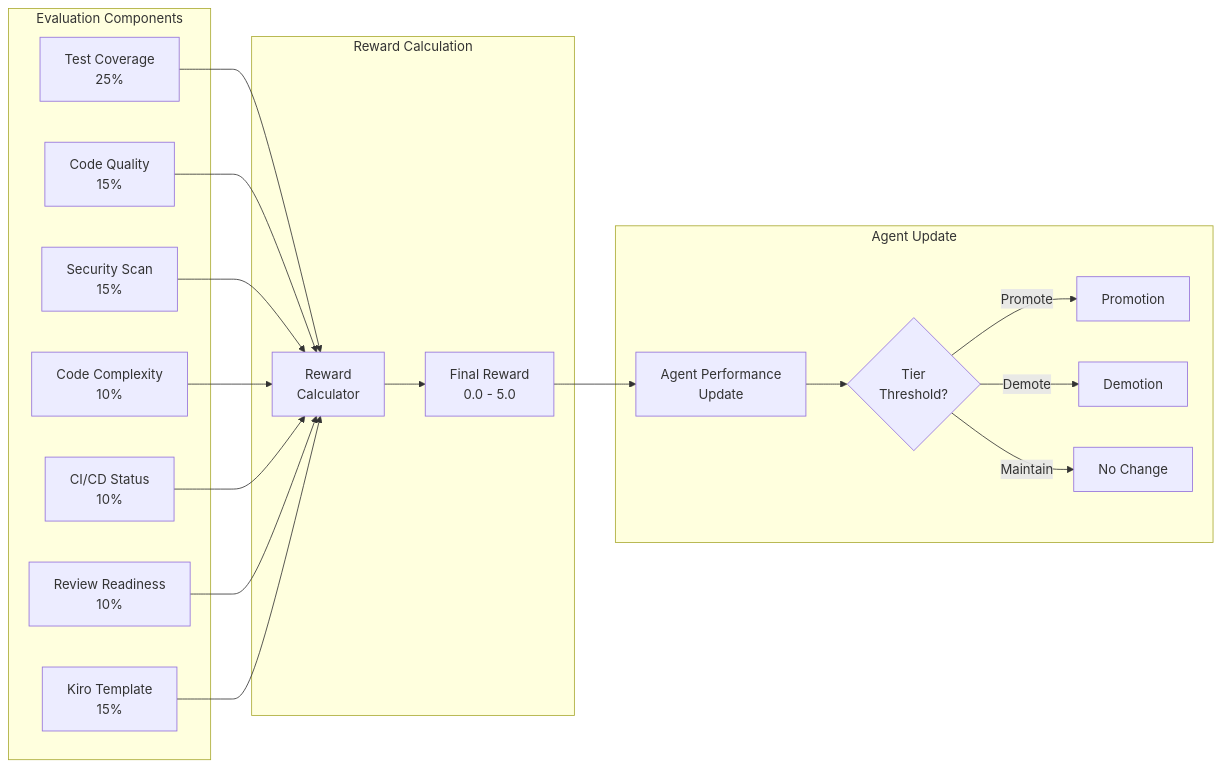
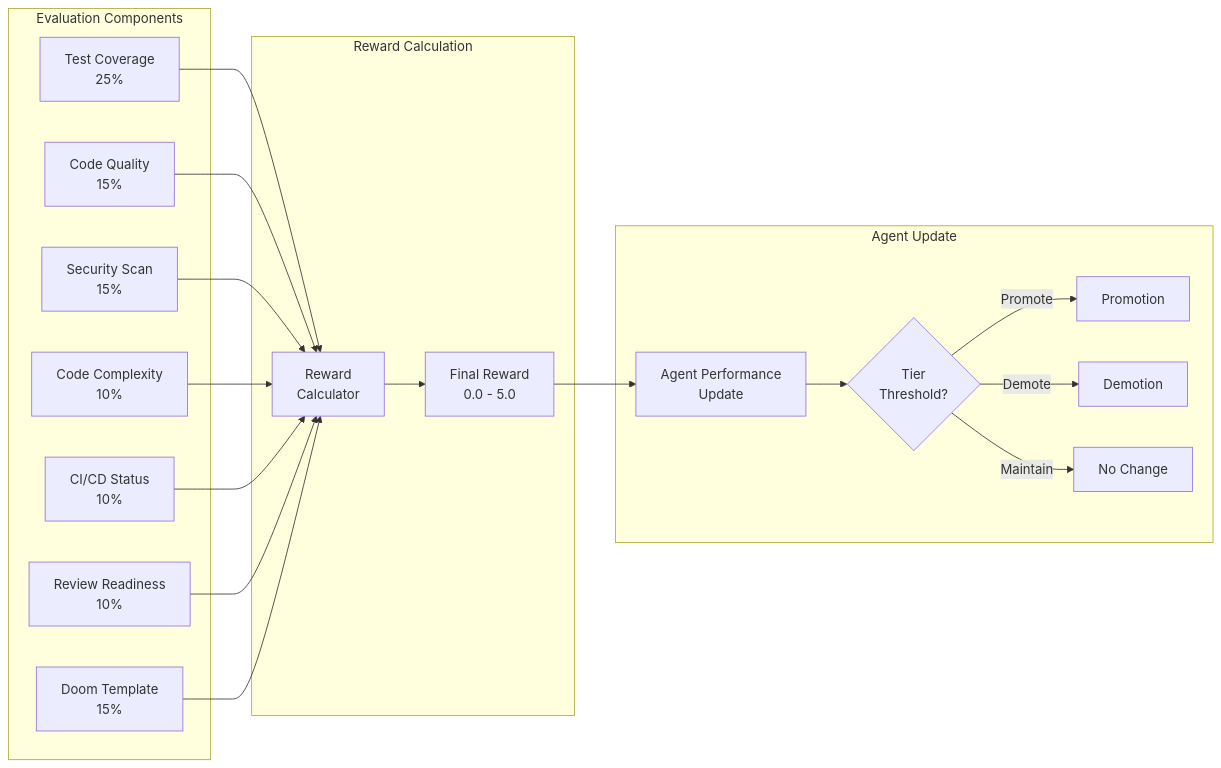
The fourth of 9 diagrams in ARCHITECTURE.md (asifnawaz/claude-code-rlvr-spec-system), drawn with Mermaid before and after one commit. The commit also changed other lines of this file and 29 other files, not shown here.

Commit message:
Rename Kiro-RLVR to Doom-RLVR across all documentation and code files, updating references, commands, and configurations accordingly to reflect the new system name and structure.

````diff
--- a/ARCHITECTURE.md
+++ b/ARCHITECTURE.md
@@ -173,31 +173,31 @@
 ```mermaid
 graph LR
     subgraph "Evaluation Components"
         TC[Test Coverage<br/>25%]
         CQ[Code Quality<br/>15%]
         SS[Security Scan<br/>15%]
         CC[Code Complexity<br/>10%]
         CI[CI/CD Status<br/>10%]
         RR[Review Readiness<br/>10%]
-        KT[Kiro Template<br/>15%]
+        KT[Doom Template<br/>15%]
     end
 
     subgraph "Reward Calculation"
         TC --> RC[Reward<br/>Calculator]
         CQ --> RC
         SS --> RC
         CC --> RC
         CI --> RC
         RR --> RC
         KT --> RC
         RC --> FR[Final Reward<br/>0.0 - 5.0]
     end
 
     subgraph "Agent Update"
         FR --> AP[Agent Performance<br/>Update]
         AP --> AT{Tier<br/>Threshold?}
         AT -->|Promote| PR[Promotion]
         AT -->|Demote| DM[Demotion]
         AT -->|Maintain| MT[No Change]
     end
 ```
````
